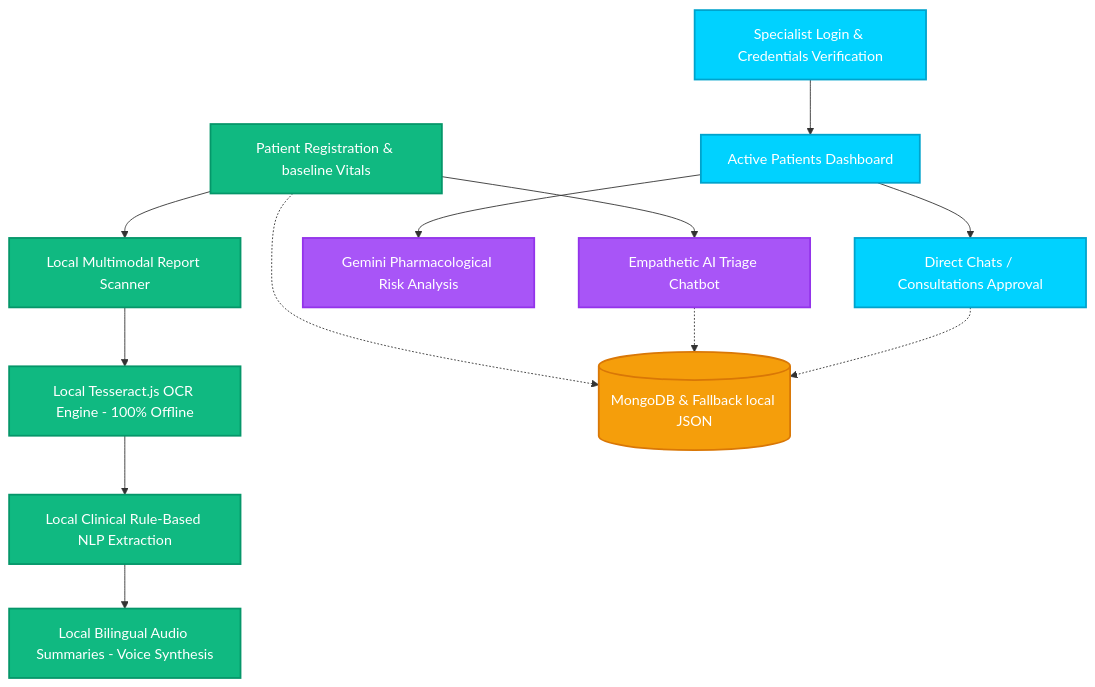
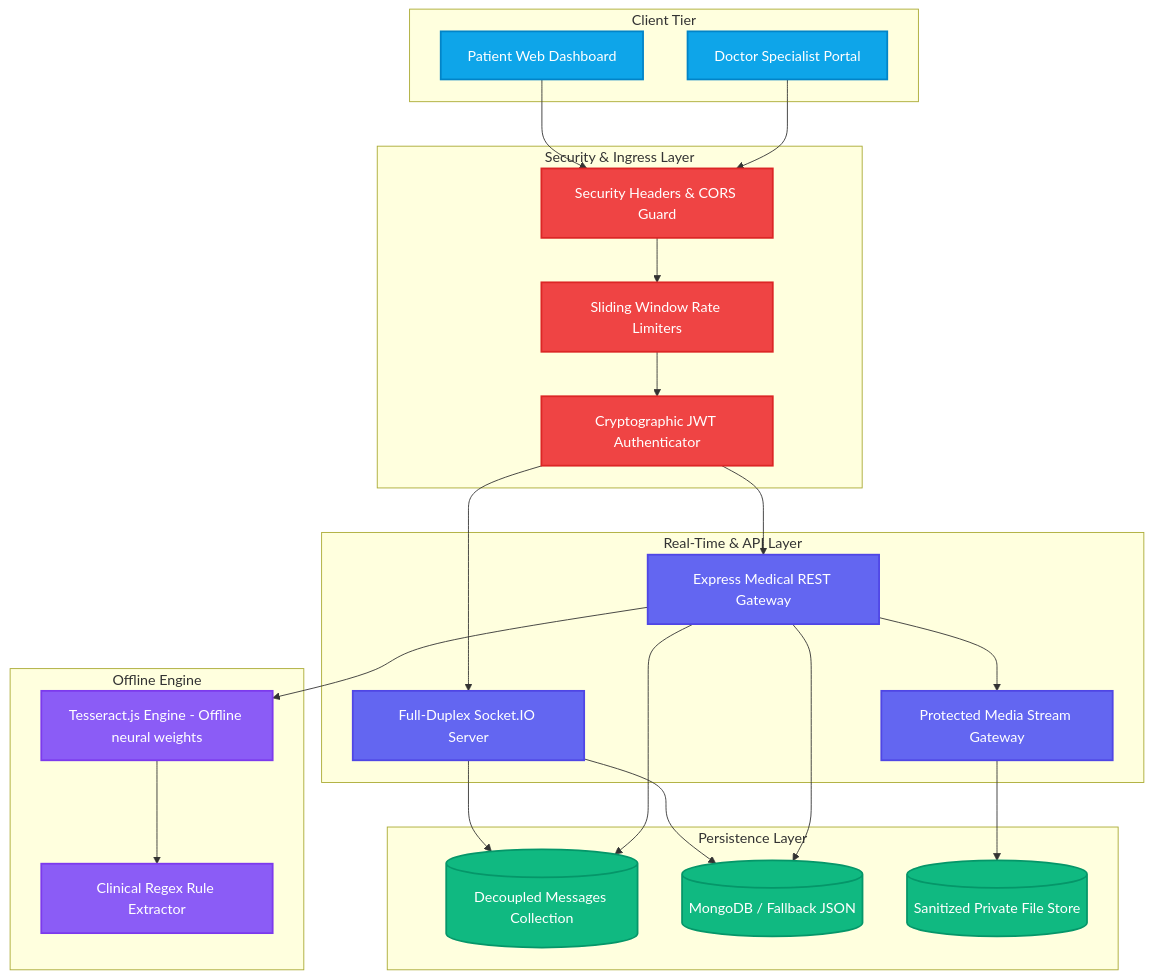
Before and after one commit to yogeshswami0/AI-DOCTOR: the diagram in README.md, drawn with Mermaid. The commit also changed other lines of this file and 11 other files, not shown here.

Commit message:
feat(core): harden authentication, decouple message collection, enforce rate limiting, private file gateway, and automated tests

````diff
--- a/README.md
+++ b/README.md
@@ -9,31 +9,43 @@
 ```mermaid
 graph TD
     %% Define styles
-    classDef patient fill:#10b981,stroke:#059669,stroke-width:2px,color:#fff;
-    classDef doctor fill:#00d2ff,stroke:#00a3cc,stroke-width:2px,color:#fff;
-    classDef ai fill:#a855f7,stroke:#9333ea,stroke-width:2px,color:#fff;
-    classDef db fill:#f59e0b,stroke:#d97706,stroke-width:2px,color:#fff;
+    classDef client fill:#0ea5e9,stroke:#0284c7,stroke-width:2px,color:#fff;
+    classDef gateway fill:#6366f1,stroke:#4f46e5,stroke-width:2px,color:#fff;
+    classDef security fill:#ef4444,stroke:#dc2626,stroke-width:2px,color:#fff;
+    classDef storage fill:#10b981,stroke:#059669,stroke-width:2px,color:#fff;
+    classDef localai fill:#8b5cf6,stroke:#7c3aed,stroke-width:2px,color:#fff;
 
-    %% Patient nodes
-    P1[Patient Registration & baseline Vitals] --> P2[Empathetic AI Triage Chatbot]
-    P1 --> P3[Local Multimodal Report Scanner]
-    P3 --> P3_OCR[Local Tesseract.js OCR Engine - 100% Offline]
-    P3_OCR --> P4[Local Clinical Rule-Based NLP Extraction]
-    P4 --> P5[Local Bilingual Audio Summaries - Voice Synthesis]
-    
-    %% Doctor nodes
-    D1[Specialist Login & Credentials Verification] --> D2[Active Patients Dashboard]
-    D2 --> D3[Gemini Pharmacological Risk Analysis]
-    D2 --> D4[Direct Chats / Consultations Approval]
+    subgraph Client Tier
+        P[Patient Web Dashboard]:::client
+        D[Doctor Specialist Portal]:::client
+    end
 
-    %% Database syncing
-    P1 -.-> DB[(MongoDB & Fallback local JSON)]
-    P2 -.-> DB
-    D4 -.-> DB
+    subgraph Security & Ingress Layer
+        SEC[Security Headers & CORS Guard]:::security
+        RL[Sliding Window Rate Limiters]:::security
+        AUTH[Cryptographic JWT Authenticator]:::security
+    end
 
-    %% Apply styles
-    class P1,P2,P3,P3_OCR,P4,P5 patient;
-    class D1,D2,D3,D4 doctor;
-    class P2,D3 ai;
-    class DB db;
+    subgraph Real-Time & API Layer
+        WS[Full-Duplex Socket.IO Server]:::gateway
+        REST[Express Medical REST Gateway]:::gateway
+        FILE[Protected Media Stream Gateway]:::gateway
+    end
+
+    subgraph Offline Engine
+        OCR[Tesseract.js Engine - Offline neural weights]:::localai
+        NLP[Clinical Regex Rule Extractor]:::localai
+    end
+
+    subgraph Persistence Layer
+        M_COLL[(Decoupled Messages Collection)]:::storage
+        DB[(MongoDB / Fallback JSON)]:::storage
+        S_STORE[(Sanitized Private File Store)]:::storage
+    end
+
+    P & D --> SEC --> RL --> AUTH
+    AUTH --> REST & WS
+    REST --> FILE --> S_STORE
+    REST --> OCR --> NLP
+    WS & REST --> M_COLL & DB
 ```
````
